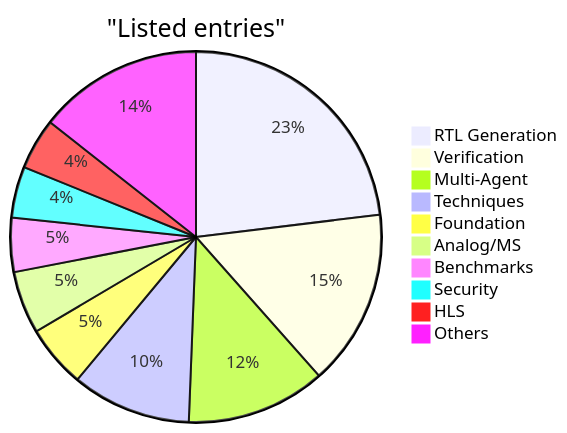
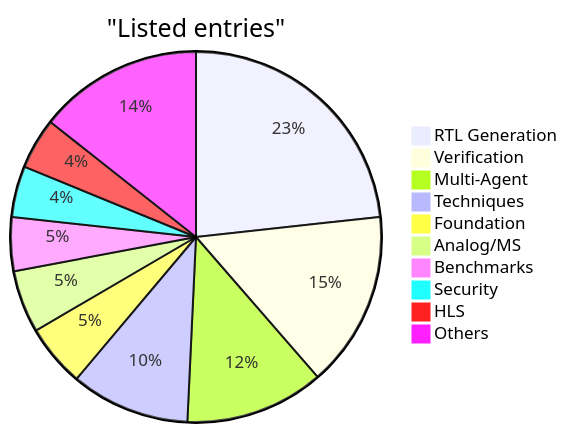
Before and after one commit to chateda-ichip/Awesome-AI-for-Chip-Design: the second of 2 diagrams in README.md, drawn with Mermaid. The commit also changed other lines of this file, not shown here.

Commit message:
doc(README.md): Add ChatCPU paper

````diff
--- a/README.md
+++ b/README.md
@@ -29,13 +29,13 @@
 ```mermaid
 pie title "Listed entries"
-    "RTL Generation" : 93
+    "RTL Generation" : 94
     "Verification" : 62
     "Multi-Agent" : 49
     "Techniques" : 42
     "Foundation" : 22
     "Analog/MS" : 22
     "Benchmarks" : 19
     "Security" : 18
     "HLS" : 18
     "Others" : 58
 ```
````
